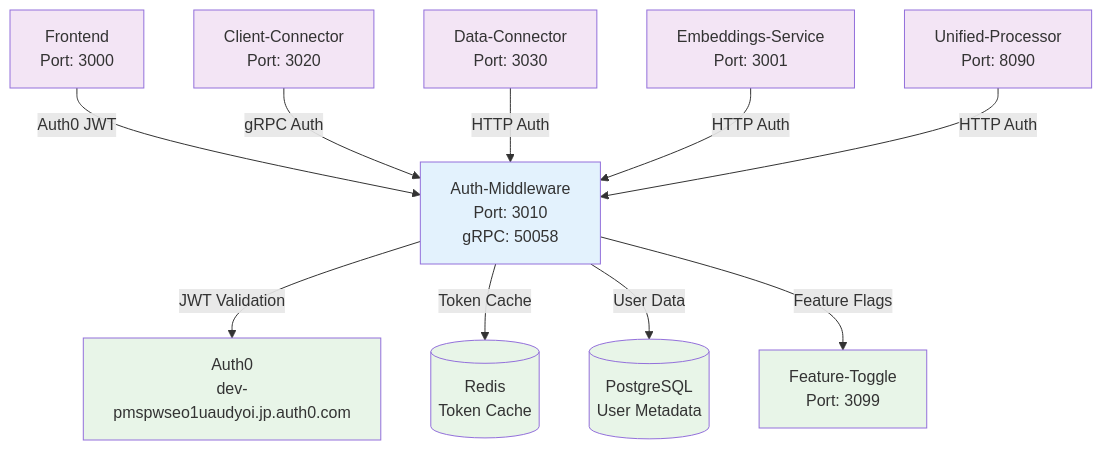
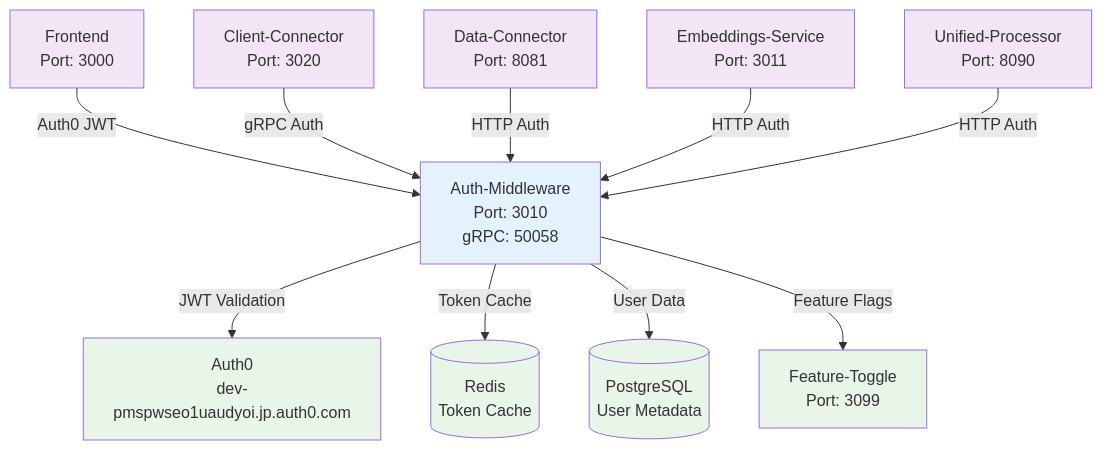
Before and after one commit to KogSector/auth-middleware: the diagram in docs/index.md, drawn with Mermaid. The commit also changed 4 other files, not shown here.

````diff
--- a/docs/index.md
+++ b/docs/index.md
@@ -43,27 +43,27 @@
 ```mermaid
 graph TD
     %% Client Layer
     Frontend[Frontend<br/>Port: 3000] -->|Auth0 JWT| AM[Auth-Middleware<br/>Port: 3010<br/>gRPC: 50058]
     ClientConnector[Client-Connector<br/>Port: 3020] -->|gRPC Auth| AM
-    DataConnector[Data-Connector<br/>Port: 3030] -->|HTTP Auth| AM
-    Embeddings[Embeddings-Service<br/>Port: 3001] -->|HTTP Auth| AM
+    DataConnector[Data-Connector<br/>Port: 8081] -->|HTTP Auth| AM
+    Embeddings[Embeddings-Service<br/>Port: 3011] -->|HTTP Auth| AM
     UnifiedProcessor[Unified-Processor<br/>Port: 8090] -->|HTTP Auth| AM
     
     %% Auth0 Integration
     AM -->|JWT Validation| Auth0[Auth0<br/>dev-pmspwseo1uaudyoi.jp.auth0.com]
     
     %% Database Layer
     AM -->|Token Cache| Redis[(Redis<br/>Token Cache)]
     AM -->|User Data| PostgreSQL[(PostgreSQL<br/>User Metadata)]
 
     %% Feature Toggle
     AM -->|Feature Flags| FT[Feature-Toggle<br/>Port: 3099]
 
     classDef auth fill:#e3f2fd
     classDef client fill:#f3e5f5
     classDef infra fill:#e8f5e8
     
     class AM auth
     class Frontend,ClientConnector,DataConnector,Embeddings,UnifiedProcessor client
     class Auth0,Redis,PostgreSQL,FT infra
 ```
````
